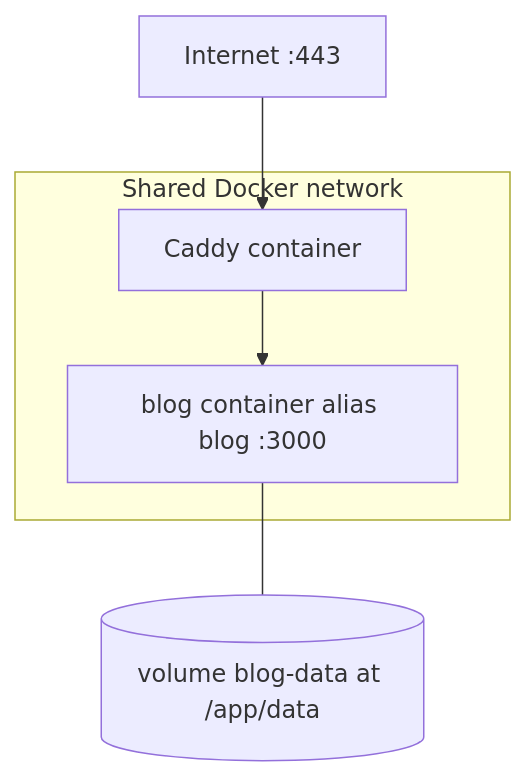
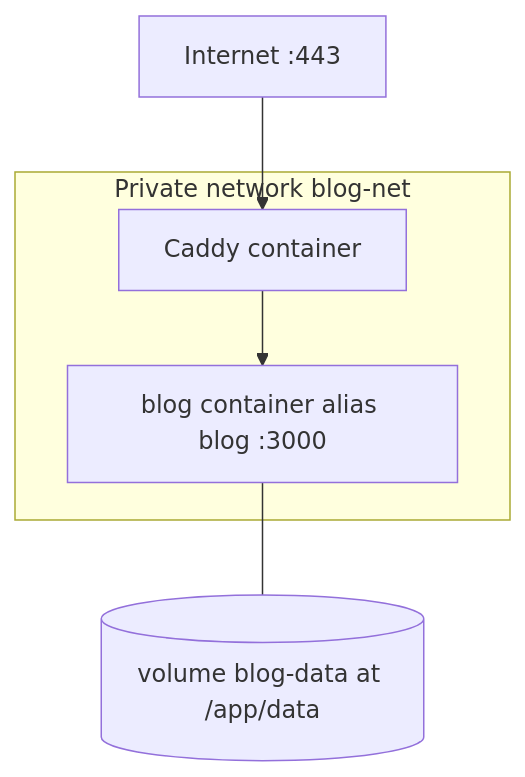
Before and after one commit to Thejas0604/blog-project: the eighth of 8 diagrams in docs/architecture.md, drawn with Mermaid. The commit also changed other lines of this file and 34 other files, not shown here.

````diff
--- a/docs/architecture.md
+++ b/docs/architecture.md
@@ -167,8 +170,8 @@
 ```mermaid
 flowchart TB
   I[Internet :443] --> C[Caddy container]
-  subgraph net[Shared Docker network]
+  subgraph net[Private network blog-net]
     C --> A[blog container alias blog :3000]
   end
   A --- V[(volume blog-data at /app/data)]
 ```
````
